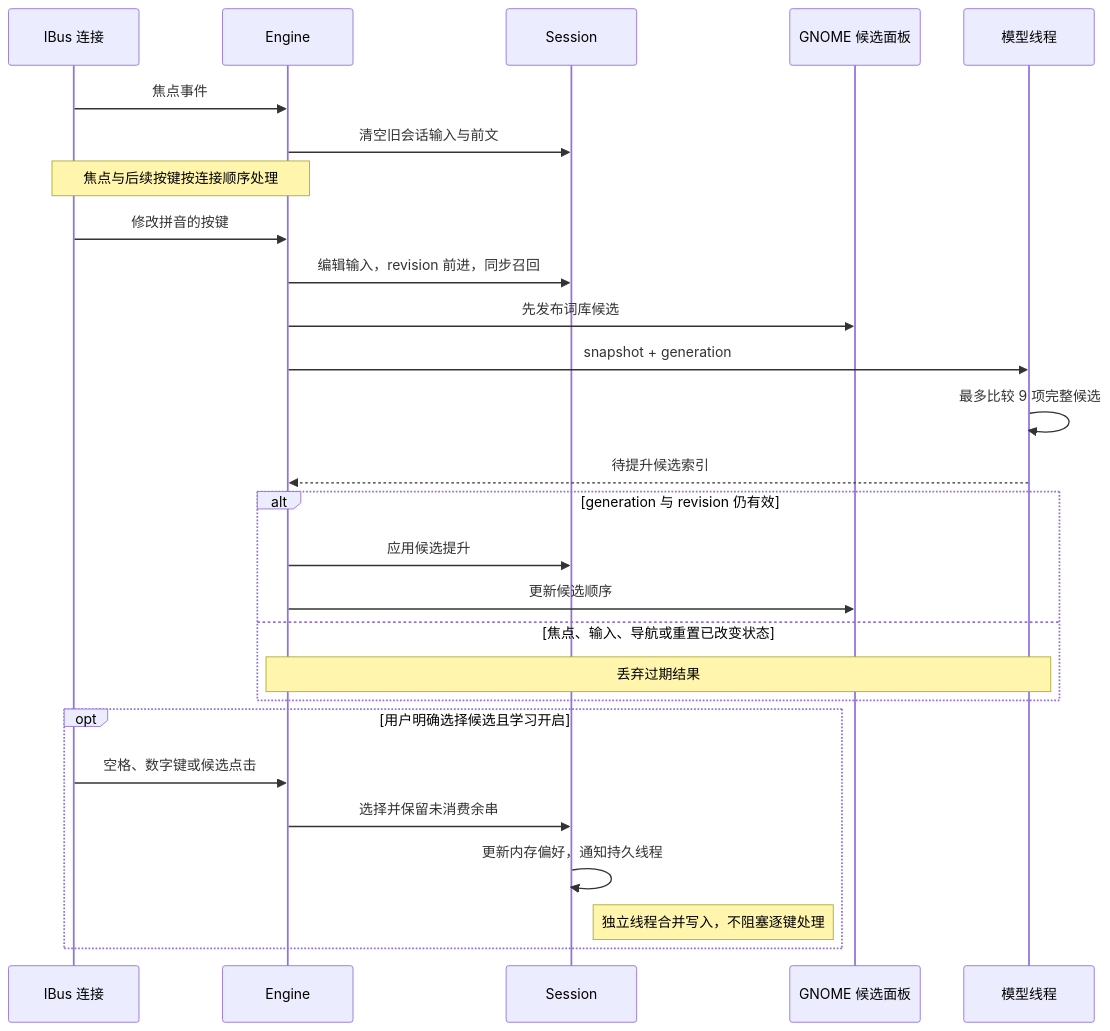
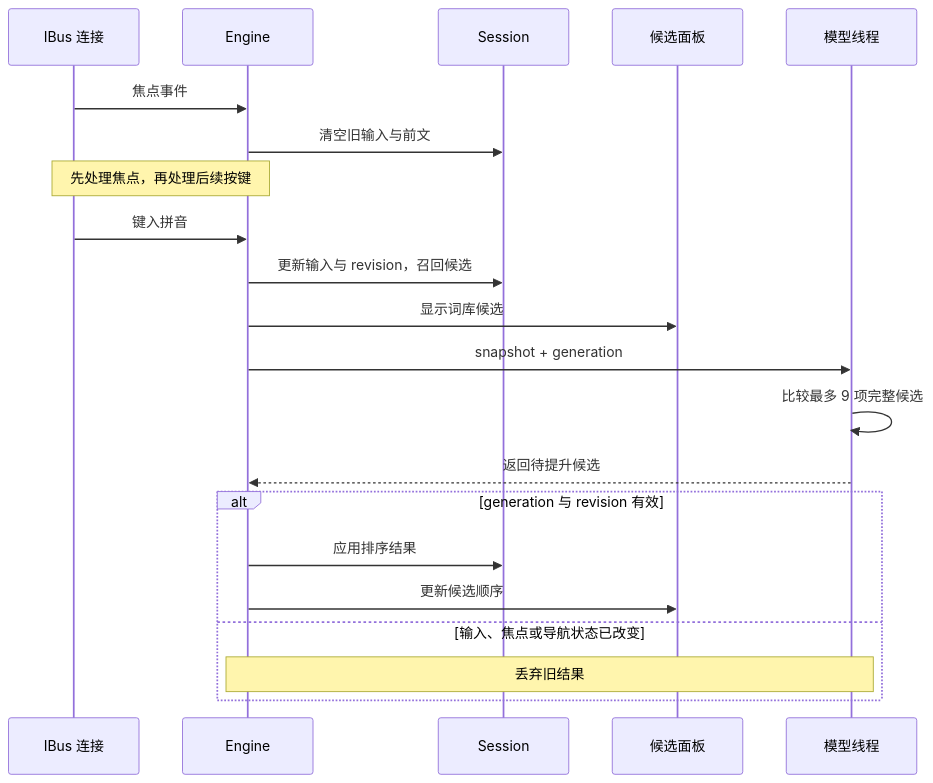
Before and after one commit to NEX-S/yanliu: the second of 3 diagrams in README.md, drawn with Mermaid. The commit also changed other lines of this file and 3 other files, not shown here.

````diff
--- a/README.md
+++ b/README.md
@@ -154,30 +132,24 @@
 ```mermaid
 sequenceDiagram
     participant B as IBus 连接
     participant E as Engine
     participant S as Session
-    participant P as GNOME 候选面板
+    participant P as 候选面板
     participant M as 模型线程
 
     B->>E: 焦点事件
-    E->>S: 清空旧会话输入与前文
-    Note over B,E: 焦点与后续按键按连接顺序处理
-    B->>E: 修改拼音的按键
-    E->>S: 编辑输入，revision 前进，同步召回
-    E->>P: 先发布词库候选
+    E->>S: 清空旧输入与前文
+    Note over B,E: 先处理焦点，再处理后续按键
+    B->>E: 键入拼音
+    E->>S: 更新输入与 revision，召回候选
+    E->>P: 显示词库候选
     E->>M: snapshot + generation
-    M->>M: 最多比较 9 项完整候选
-    M-->>E: 待提升候选索引
-    alt generation 与 revision 仍有效
-        E->>S: 应用候选提升
+    M->>M: 比较最多 9 项完整候选
+    M-->>E: 返回待提升候选
+    alt generation 与 revision 有效
+        E->>S: 应用排序结果
         E->>P: 更新候选顺序
-    else 焦点、输入、导航或重置已改变状态
-        Note over E,M: 丢弃过期结果
-    end
-    opt 用户明确选择候选且学习开启
-        B->>E: 空格、数字键或候选点击
-        E->>S: 选择并保留未消费余串
-        S->>S: 更新内存偏好，通知持久线程
-        Note right of S: 独立线程合并写入，不阻塞逐键处理
+    else 输入、焦点或导航状态已改变
+        Note over E,M: 丢弃旧结果
     end
 ```
````
